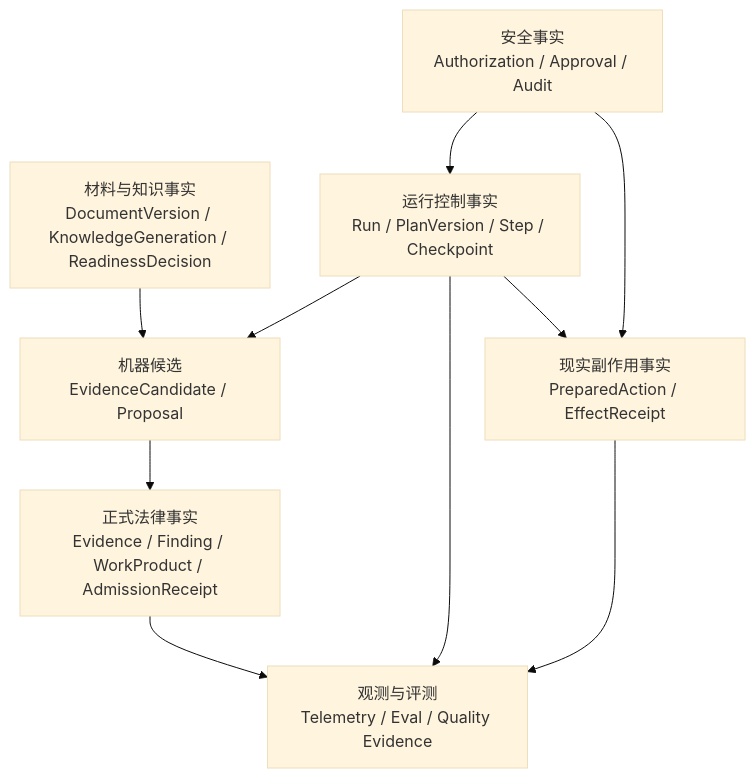
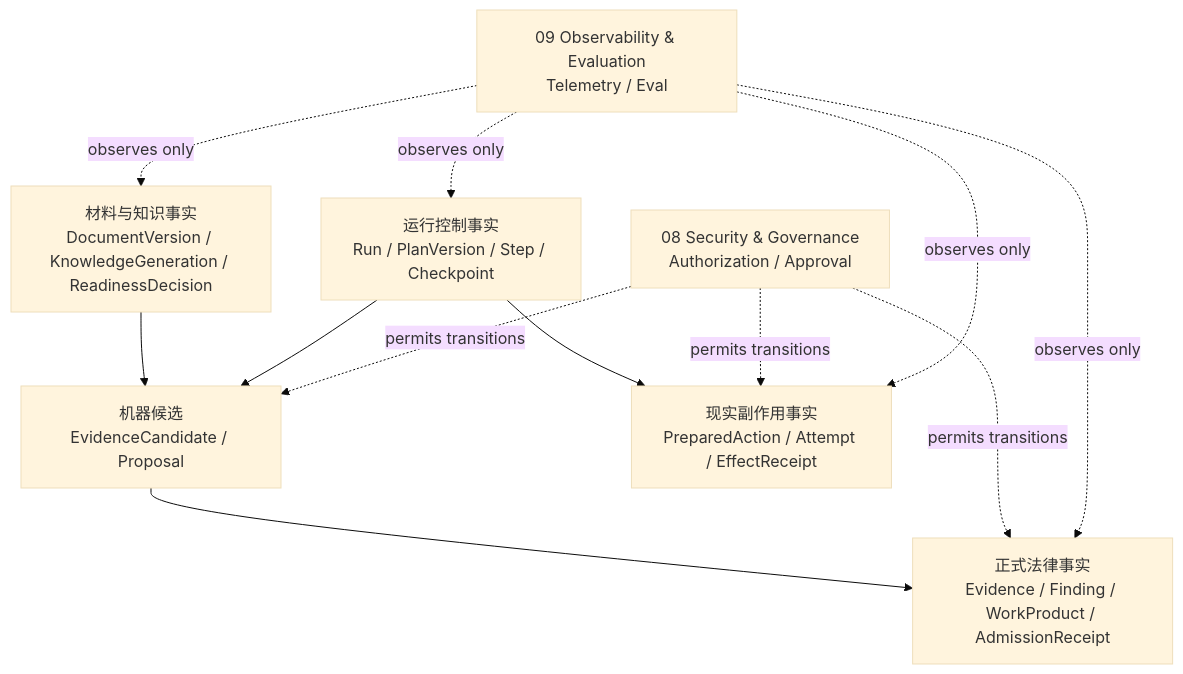
Before and after one commit to ProfessorZhi/Zuno: the second of 6 diagrams in docs/architecture/architecture-views.md, drawn with Mermaid (base theme). The commit also changed other lines of this file, not shown here.

Commit message:
docs: preserve architecture views while rebinding source

````diff
--- a/docs/architecture/architecture-views.md
+++ b/docs/architecture/architecture-views.md
@@ -35,19 +35,21 @@
 ```mermaid
 flowchart TB
   KNOW[材料与知识事实\nDocumentVersion / KnowledgeGeneration / ReadinessDecision]
   CAND[机器候选\nEvidenceCandidate / Proposal]
   DOMAIN[正式法律事实\nEvidence / Finding / WorkProduct / AdmissionReceipt]
   RUN[运行控制事实\nRun / PlanVersion / Step / Checkpoint]
-  EFFECT[现实副作用事实\nPreparedAction / EffectReceipt]
-  SEC[安全事实\nAuthorization / Approval / Audit]
-  OBS[观测与评测\nTelemetry / Eval / Quality Evidence]
+  EFFECT[现实副作用事实\nPreparedAction / Attempt / EffectReceipt]
+  SEC[08 Security & Governance\nAuthorization / Approval]
+  OBS[09 Observability & Evaluation\nTelemetry / Eval]
 
   KNOW --> CAND --> DOMAIN
   RUN --> CAND
   RUN --> EFFECT
-  SEC --> RUN
-  SEC --> EFFECT
-  DOMAIN --> OBS
-  RUN --> OBS
-  EFFECT --> OBS
+  SEC -. permits transitions .-> CAND
+  SEC -. permits transitions .-> DOMAIN
+  SEC -. permits transitions .-> EFFECT
+  OBS -. observes only .-> KNOW
+  OBS -. observes only .-> RUN
+  OBS -. observes only .-> DOMAIN
+  OBS -. observes only .-> EFFECT
 ```
````
